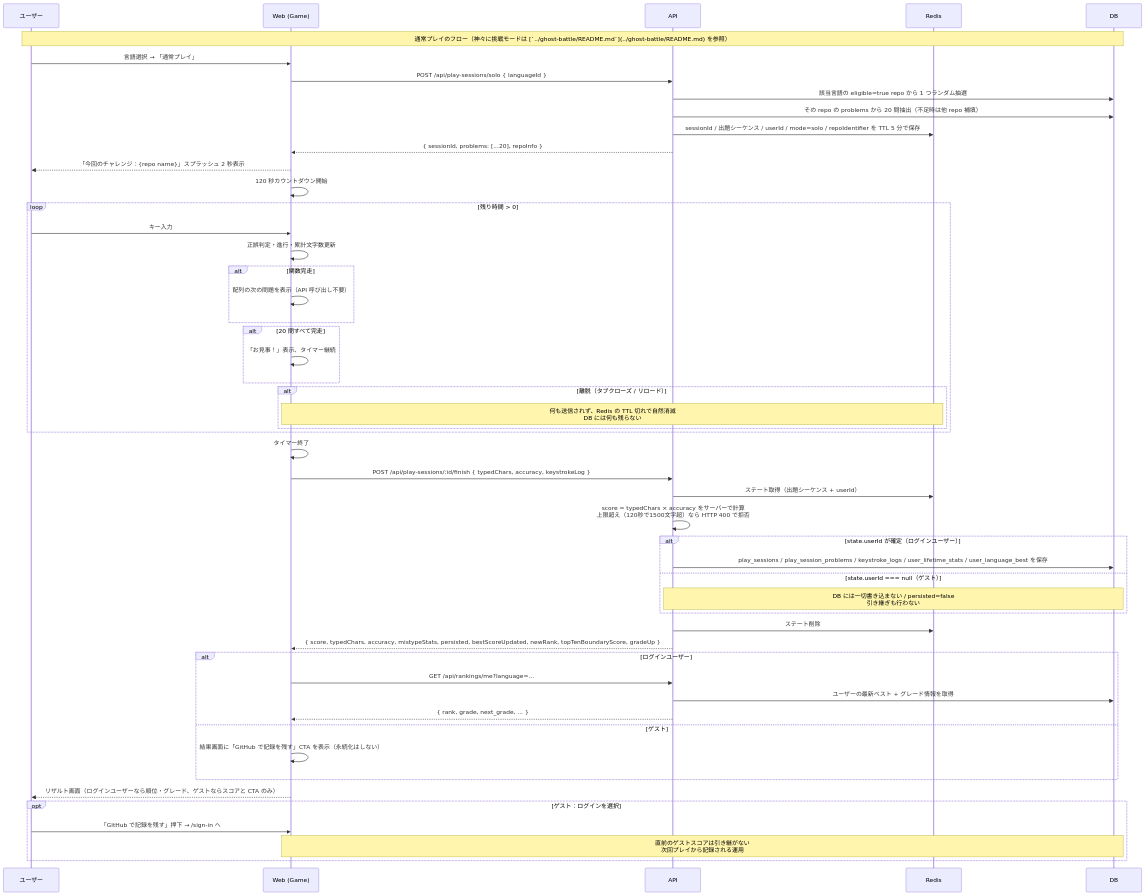
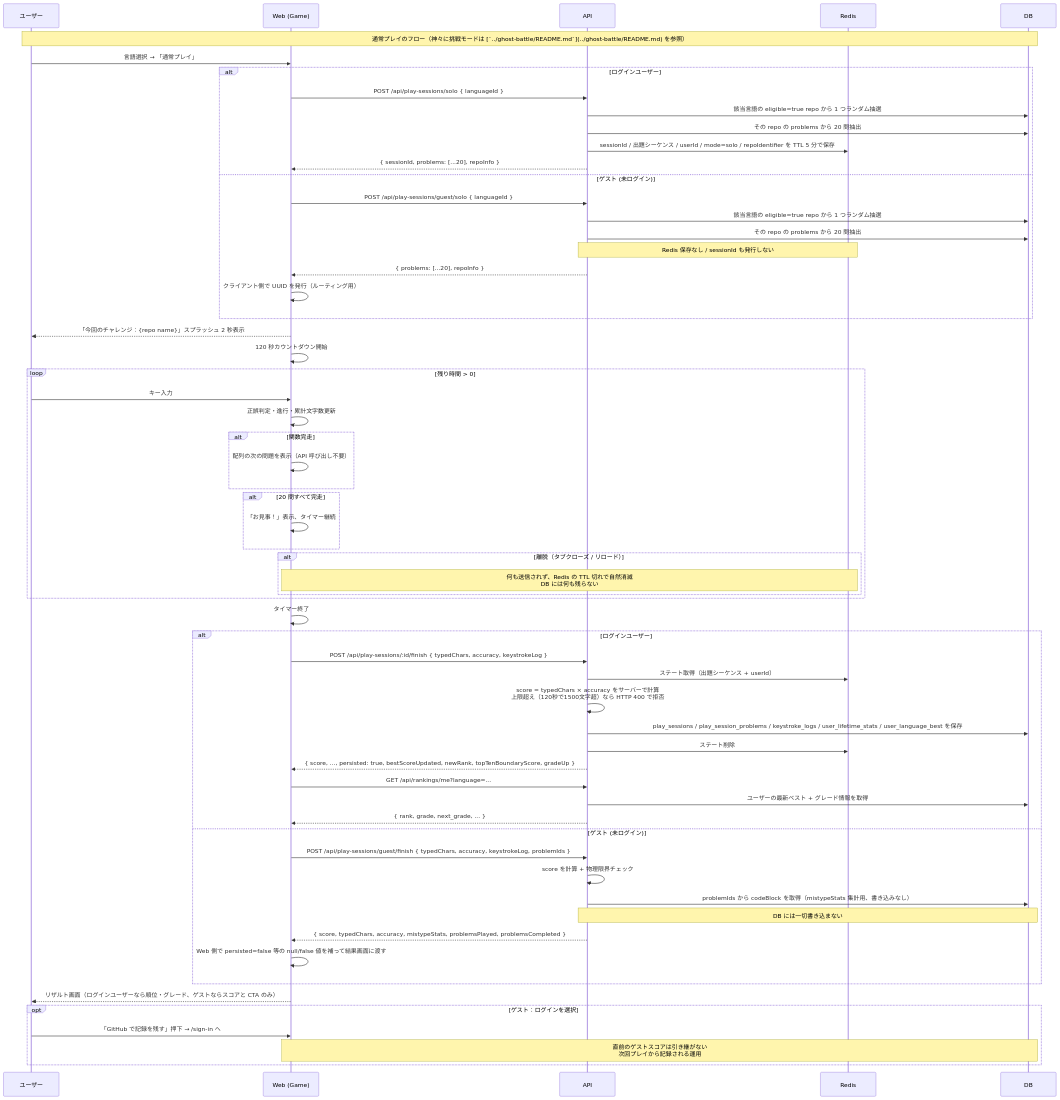
Before and after one commit to kentakki416/typing-royale: the diagram in docs/spec/typing-engine/README.md, drawn with Mermaid. The commit also changed other lines of this file and 24 other files, not shown here.

First line of the commit message:
refactor(guest-play): ゲスト用 endpoint を分離してステートレス化

````diff
--- a/docs/spec/typing-engine/README.md
+++ b/docs/spec/typing-engine/README.md
@@ -273,61 +296,71 @@
 ```mermaid
 sequenceDiagram
     participant U as ユーザー
     participant W as Web (Game)
     participant API as API
     participant Redis as Redis
     participant DB as DB
 
     Note over U,DB: 通常プレイのフロー（神々に挑戦モードは [`../ghost-battle/README.md`](../ghost-battle/README.md) を参照）
 
     U->>W: 言語選択 → 「通常プレイ」
-    W->>API: POST /api/play-sessions/solo { languageId }
-    API->>DB: 該当言語の eligible=true repo から 1 つランダム抽選
-    API->>DB: その repo の problems から 20 問抽出（不足時は他 repo 補填）
-    API->>Redis: sessionId / 出題シーケンス / userId / mode=solo / repoIdentifier を TTL 5 分で保存
-    API-->>W: { sessionId, problems: [...20], repoInfo }
+    alt ログインユーザー
+        W->>API: POST /api/play-sessions/solo { languageId }
+        API->>DB: 該当言語の eligible=true repo から 1 つランダム抽選
+        API->>DB: その repo の problems から 20 問抽出
+        API->>Redis: sessionId / 出題シーケンス / userId / mode=solo / repoIdentifier を TTL 5 分で保存
+        API-->>W: { sessionId, problems: [...20], repoInfo }
+    else ゲスト (未ログイン)
+        W->>API: POST /api/play-sessions/guest/solo { languageId }
+        API->>DB: 該当言語の eligible=true repo から 1 つランダム抽選
+        API->>DB: その repo の problems から 20 問抽出
+        Note over API,Redis: Redis 保存なし / sessionId も発行しない
+        API-->>W: { problems: [...20], repoInfo }
+        W->>W: クライアント側で UUID を発行（ルーティング用）
+    end
     W-->>U: 「今回のチャレンジ：{repo name}」スプラッシュ 2 秒表示
     W->>W: 120 秒カウントダウン開始
 
     loop 残り時間 > 0
         U->>W: キー入力
         W->>W: 正誤判定・進行・累計文字数更新
 
         alt 関数完走
             W->>W: 配列の次の問題を表示（API 呼び出し不要）
         end
 
         alt 20 問すべて完走
             W->>W: 「お見事！」表示、タイマー継続
         end
 
         alt 離脱（タブクローズ / リロード）
             Note over W,Redis: 何も送信されず、Redis の TTL 切れで自然消滅<br/>DB には何も残らない
         end
     end
 
     W->>W: タイマー終了
-    W->>API: POST /api/play-sessions/:id/finish { typedChars, accuracy, keystrokeLog }
-    API->>Redis: ステート取得（出題シーケンス + userId）
-    API->>API: score = typedChars × accuracy をサーバーで計算<br/>上限超え（120秒で1500文字超）なら HTTP 400 で拒否
-    alt state.userId が確定（ログインユーザー）
+    alt ログインユーザー
+        W->>API: POST /api/play-sessions/:id/finish { typedChars, accuracy, keystrokeLog }
+        API->>Redis: ステート取得（出題シーケンス + userId）
+        API->>API: score = typedChars × accuracy をサーバーで計算<br/>上限超え（120秒で1500文字超）なら HTTP 400 で拒否
         API->>DB: play_sessions / play_session_problems / keystroke_logs / user_lifetime_stats / user_language_best を保存
-    else state.userId === null（ゲスト）
-        Note over API,DB: DB には一切書き込まない / persisted=false<br/>引き継ぎも行わない
-    end
-    API->>Redis: ステート削除
-    API-->>W: { score, typedChars, accuracy, mistypeStats, persisted, bestScoreUpdated, newRank, topTenBoundaryScore, gradeUp }
-    alt ログインユーザー
+        API->>Redis: ステート削除
+        API-->>W: { score, ..., persisted: true, bestScoreUpdated, newRank, topTenBoundaryScore, gradeUp }
         W->>API: GET /api/rankings/me?language=...
         API->>DB: ユーザーの最新ベスト + グレード情報を取得
         API-->>W: { rank, grade, next_grade, ... }
-    else ゲスト
-        W->>W: 結果画面に「GitHub で記録を残す」CTA を表示（永続化はしない）
+    else ゲスト (未ログイン)
+        W->>API: POST /api/play-sessions/guest/finish { typedChars, accuracy, keystrokeLog, problemIds }
+        API->>API: score を計算 + 物理限界チェック
+        API->>DB: problemIds から codeBlock を取得（mistypeStats 集計用、書き込みなし）
+        Note over API,DB: DB には一切書き込まない
+        API-->>W: { score, typedChars, accuracy, mistypeStats, problemsPlayed, problemsCompleted }
+        W->>W: Web 側で persisted=false 等の null/false 値を補って結果画面に渡す
     end
     W-->>U: リザルト画面（ログインユーザーなら順位・グレード、ゲストならスコアと CTA のみ）
 
     opt ゲスト：ログインを選択
         U->>W: 「GitHub で記録を残す」押下 → /sign-in へ
         Note over W,DB: 直前のゲストスコアは引き継がない<br/>次回プレイから記録される運用
     end
 ```
````
